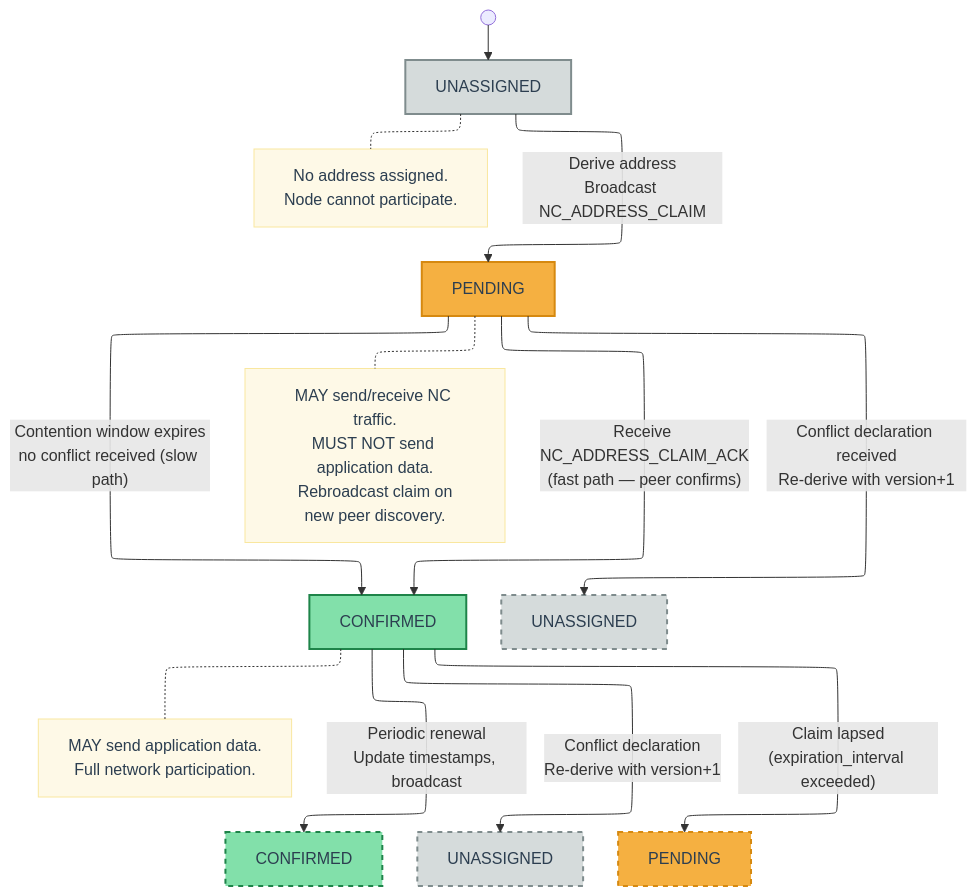
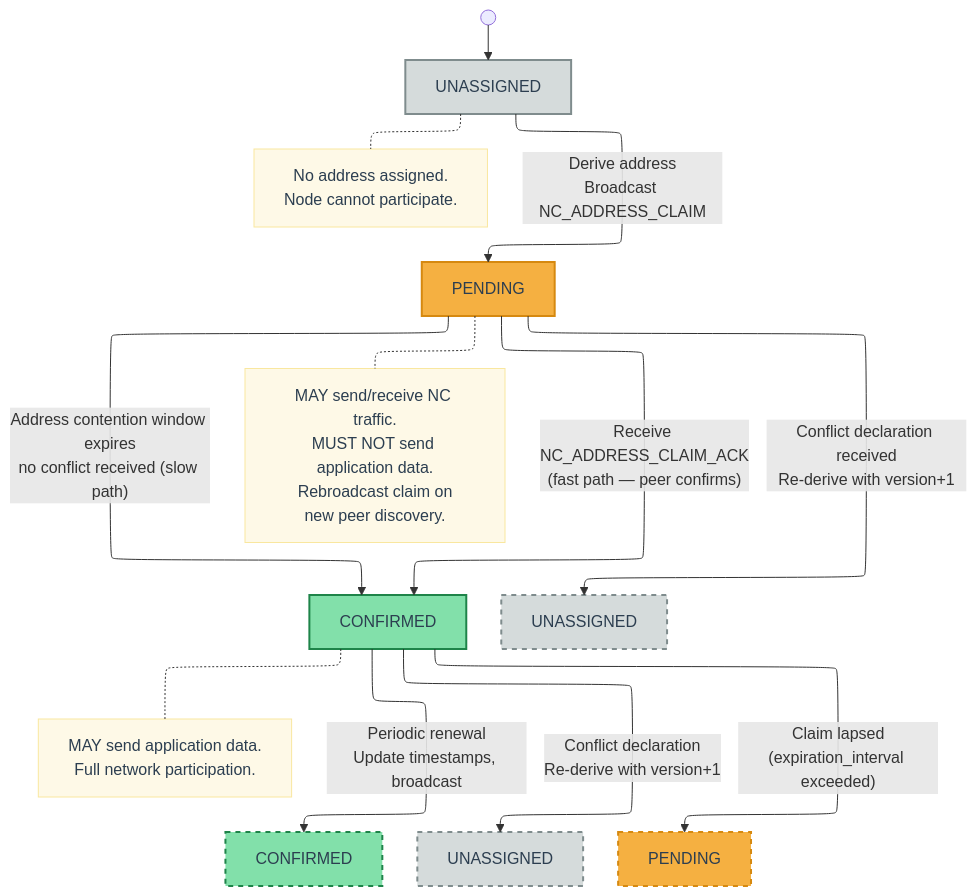
Before and after one commit to Poseidons-Forge/m4p-spec: the first of 4 diagrams in sections/11-network-layer.md, drawn with Mermaid. The commit also changed other lines of this file and 6 other files, not shown here.

````diff
--- a/sections/11-network-layer.md
+++ b/sections/11-network-layer.md
@@ -157,40 +159,40 @@
 ```mermaid
 ---
 config:
   theme: default
   layout: elk
   themeVariables:
     background: '#ffffff'
   elk:
     mergeEdges: false
     nodePlacementStrategy: SIMPLE
 ---
 flowchart TD
     START(( )) --> UNASSIGNED["UNASSIGNED"]:::unassigned
 
     UNASSIGNED -->|"Derive address<br>Broadcast NC_ADDRESS_CLAIM"| PENDING["PENDING"]:::pending
 
     PENDING -->|"Receive NC_ADDRESS_CLAIM_ACK<br>(fast path — peer confirms)"| CONFIRMED["CONFIRMED"]:::confirmed
-    PENDING -->|"Contention window expires<br>no conflict received (slow path)"| CONFIRMED
+    PENDING -->|"Address contention window expires<br>no conflict received (slow path)"| CONFIRMED
     PENDING -->|"Conflict declaration received<br>Re-derive with version+1"| P_UNASSIGNED["UNASSIGNED"]:::ref
 
     CONFIRMED -->|"Periodic renewal<br>Update timestamps, broadcast"| C_CONFIRMED["CONFIRMED"]:::confirmed_ref
     CONFIRMED -->|"Conflict declaration<br>Re-derive with version+1"| C_UNASSIGNED["UNASSIGNED"]:::ref
     CONFIRMED -->|"Claim lapsed<br>(expiration_interval exceeded)"| C_PENDING["PENDING"]:::pending_ref
 
     NOTE_U["No address assigned.<br>Node cannot participate."]:::note
     NOTE_P["MAY send/receive NC traffic.<br>MUST NOT send application data.<br>Rebroadcast claim on<br>new peer discovery."]:::note
     NOTE_C["MAY send application data.<br>Full network participation."]:::note
 
     UNASSIGNED -.- NOTE_U
     PENDING -.- NOTE_P
     CONFIRMED -.- NOTE_C
 
     classDef unassigned fill:#d5dbdb,color:#2c3e50,stroke:#7f8c8d,stroke-width:2px
     classDef pending fill:#f5b041,color:#2c3e50,stroke:#d68910,stroke-width:2px
     classDef confirmed fill:#82e0aa,color:#2c3e50,stroke:#1e8449,stroke-width:2px
     classDef ref fill:#d5dbdb,color:#2c3e50,stroke:#7f8c8d,stroke-width:2px,stroke-dasharray:5 5
     classDef pending_ref fill:#f5b041,color:#2c3e50,stroke:#d68910,stroke-width:2px,stroke-dasharray:5 5
     classDef confirmed_ref fill:#82e0aa,color:#2c3e50,stroke:#1e8449,stroke-width:2px,stroke-dasharray:5 5
     classDef note fill:#fef9e7,color:#2c3e50,stroke:#f9e79f,stroke-width:1px
 ```
````
